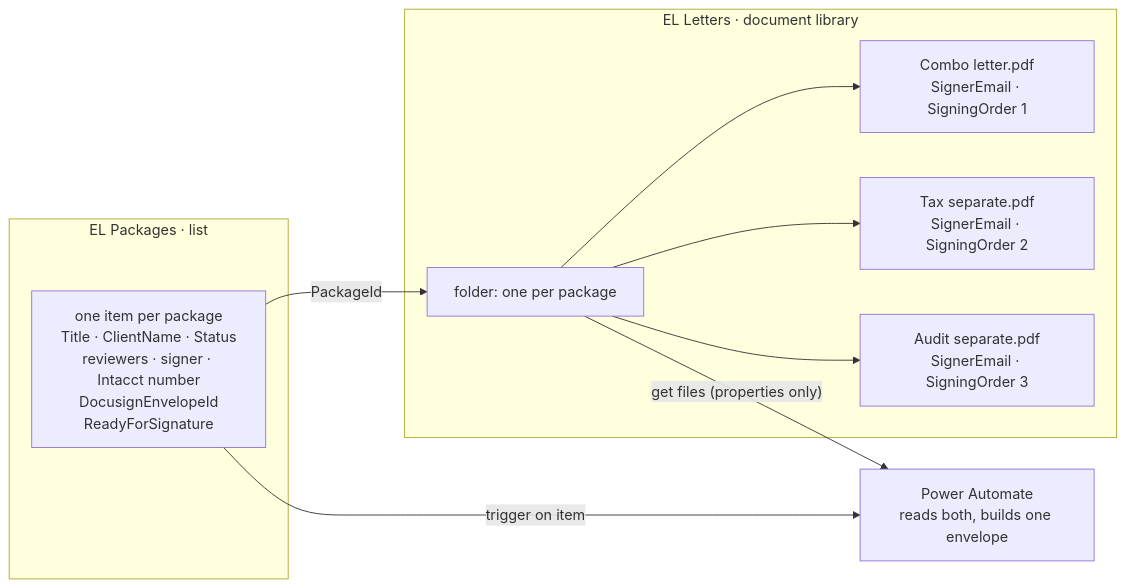
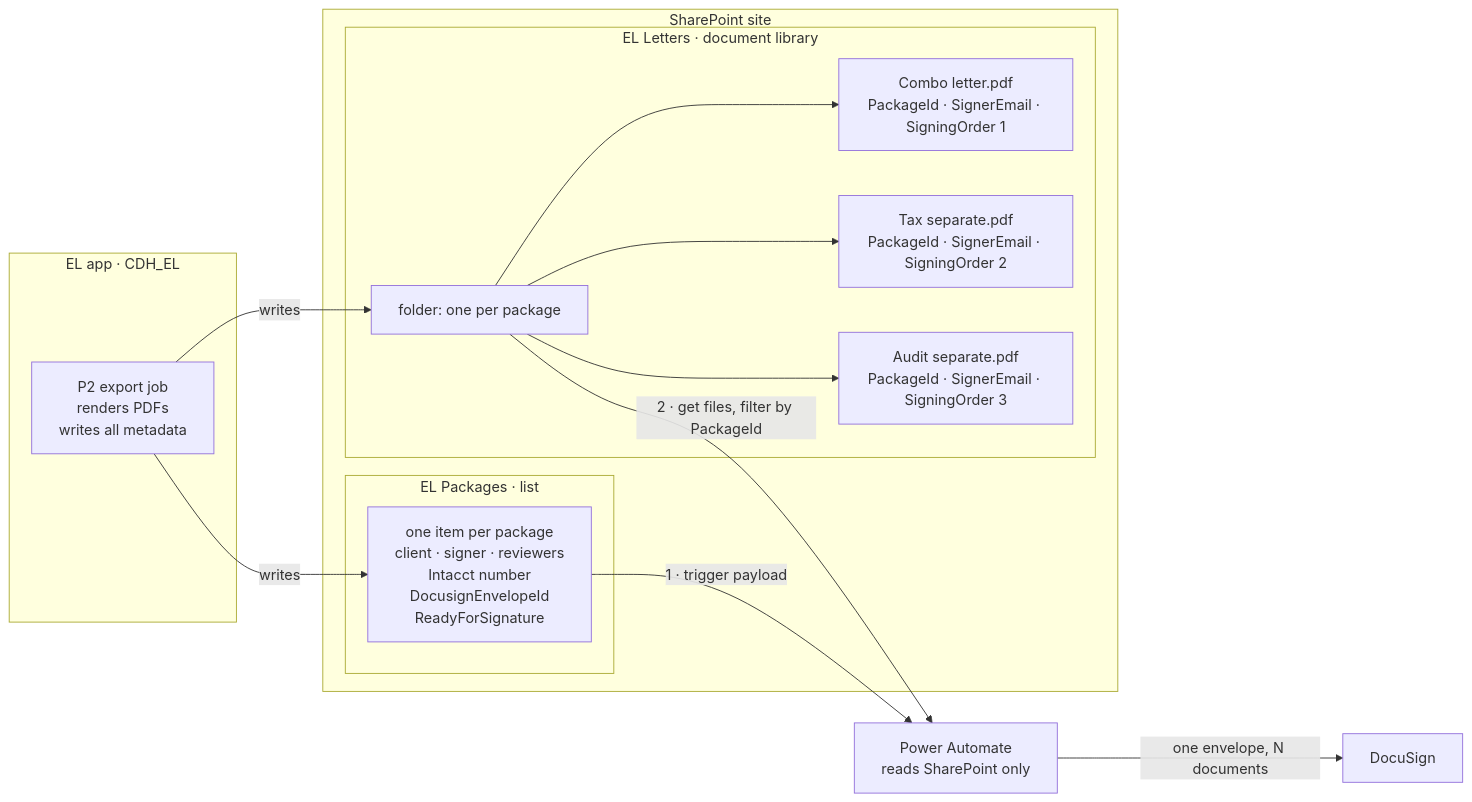
One commit to DKolaya/Obsidian-Work changed the first of 2 diagrams in 04_Projects/Active/EL/EL SharePoint Structure and DocuSign Brief.md. Above: the diagram before and after it, drawn with Mermaid. The commit also changed other lines of this file and 5 other files, not shown here.

````diff
--- a/04_Projects/Active/EL/EL SharePoint Structure and DocuSign Brief.md
+++ b/04_Projects/Active/EL/EL SharePoint Structure and DocuSign Brief.md
@@ -39,19 +39,28 @@
 ```mermaid
 flowchart LR
-  subgraph L["EL Packages · list"]
-    LI["one item per package<br/>Title · ClientName · Status<br/>reviewers · signer · Intacct number<br/>DocusignEnvelopeId<br/>ReadyForSignature"]
+  subgraph EL["EL app · CDH_EL"]
+    JOB["P2 export job<br/>renders PDFs<br/>writes all metadata"]
   end
-  subgraph D["EL Letters · document library"]
-    F["folder: one per package"]
-    F1["Combo letter.pdf<br/>SignerEmail · SigningOrder 1"]
-    F2["Tax separate.pdf<br/>SignerEmail · SigningOrder 2"]
-    F3["Audit separate.pdf<br/>SignerEmail · SigningOrder 3"]
-    F --> F1
-    F --> F2
-    F --> F3
+
+  subgraph SP["SharePoint site"]
+    subgraph L["EL Packages · list"]
+      LI["one item per package<br/>client · signer · reviewers<br/>Intacct number<br/>DocusignEnvelopeId<br/>ReadyForSignature"]
+    end
+    subgraph D["EL Letters · document library"]
+      F["folder: one per package"]
+      F1["Combo letter.pdf<br/>PackageId · SignerEmail · SigningOrder 1"]
+      F2["Tax separate.pdf<br/>PackageId · SignerEmail · SigningOrder 2"]
+      F3["Audit separate.pdf<br/>PackageId · SignerEmail · SigningOrder 3"]
+      F --> F1
+      F --> F2
+      F --> F3
+    end
   end
-  LI -- "PackageId" --> F
-  PA["Power Automate<br/>reads both, builds one envelope"]
-  LI -- "trigger on item" --> PA
-  F -- "get files (properties only)" --> PA
+
+  JOB -- "writes" --> LI
+  JOB -- "writes" --> F
+  LI -- "1 · trigger payload" --> PA
+  F -- "2 · get files, filter by PackageId" --> PA
+  PA["Power Automate<br/>reads SharePoint only"]
+  PA -- "one envelope, N documents" --> DS["DocuSign"]
 ```
````
